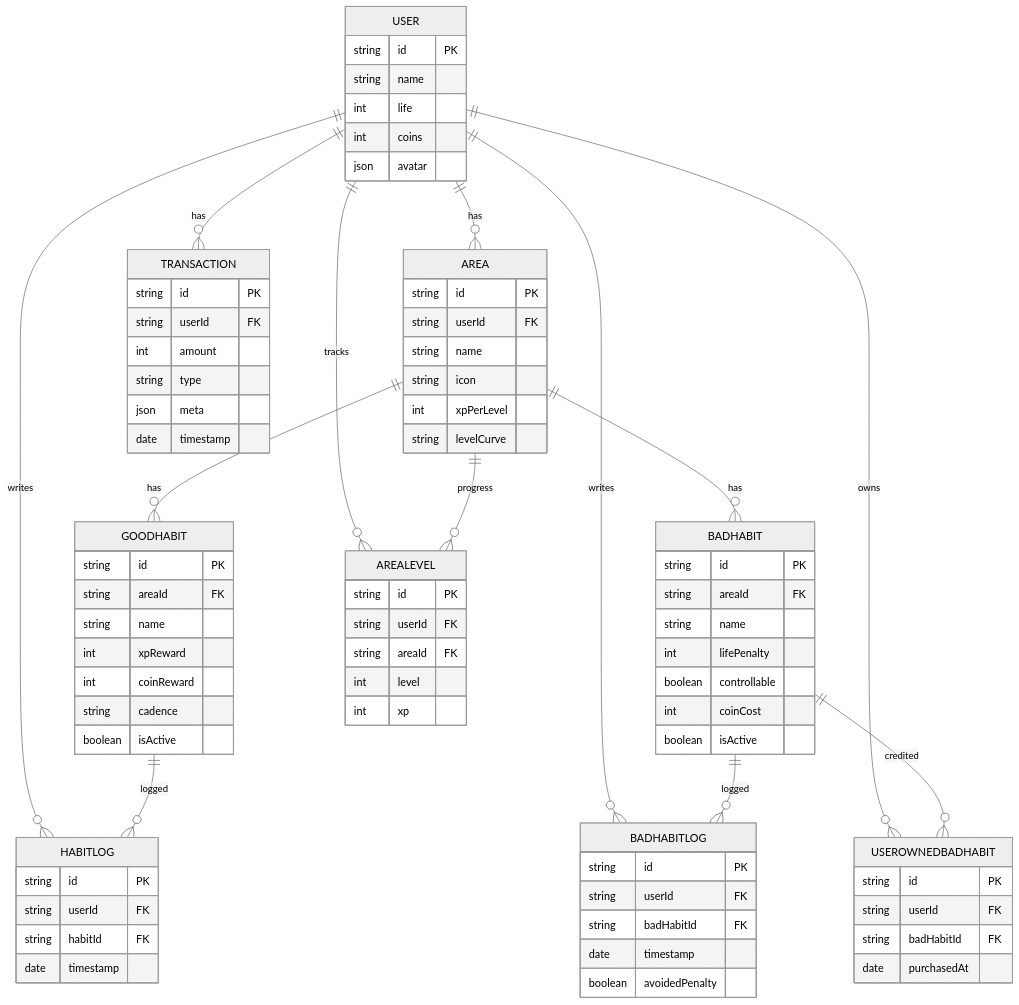
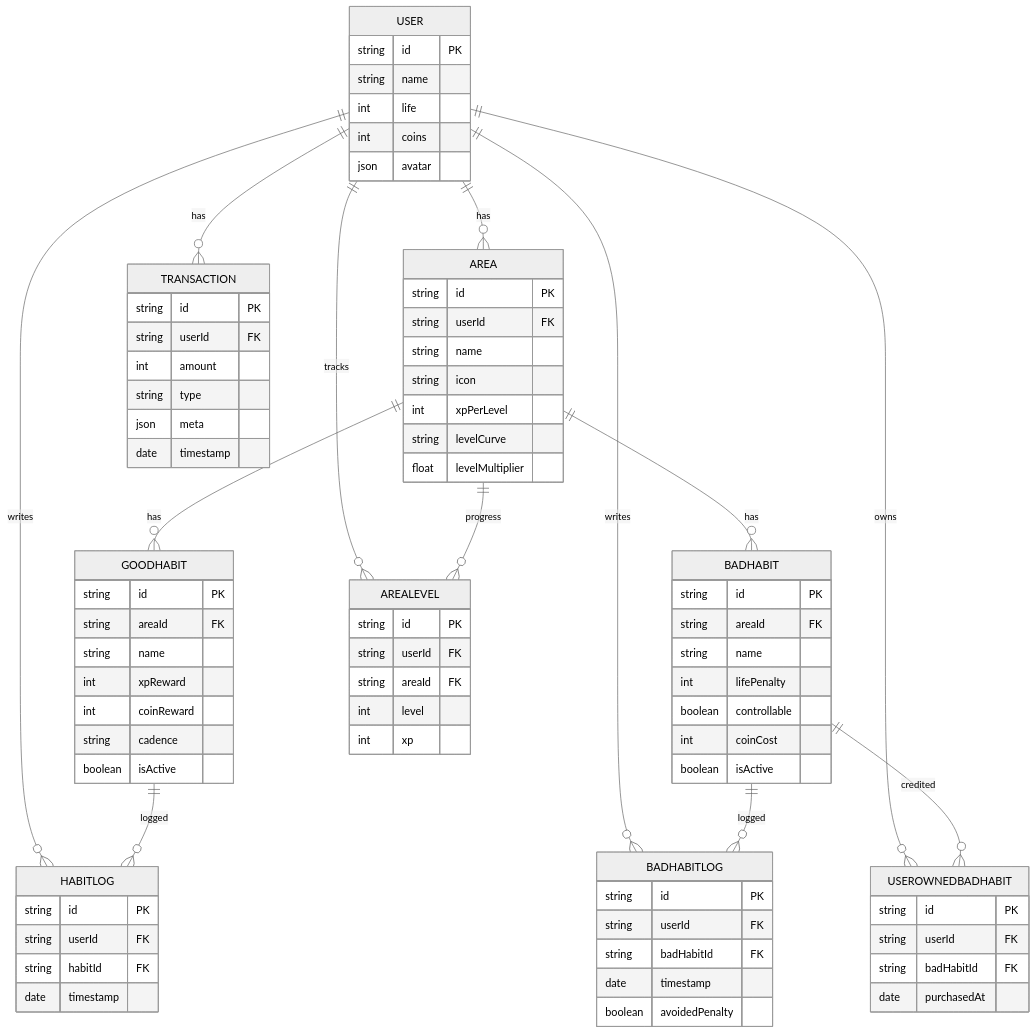
One commit to samuelmtz2000/beIntentionalApp changed the diagram in apps/docs/docs/api/data-model.md. Above: the diagram before and after it, drawn with Mermaid (neutral theme). The commit also changed other lines of this file and 6 other files, not shown here.

Commit message:
docs(api/ui): document Area.levelMultiplier in data model; add per-area legend pattern using curve+multiplier

```diff
--- a/apps/docs/docs/api/data-model.md
+++ b/apps/docs/docs/api/data-model.md
@@ -37,6 +37,7 @@
     string icon
     int xpPerLevel
     string levelCurve
+    float levelMultiplier
   }
 
   GOODHABIT {
```
